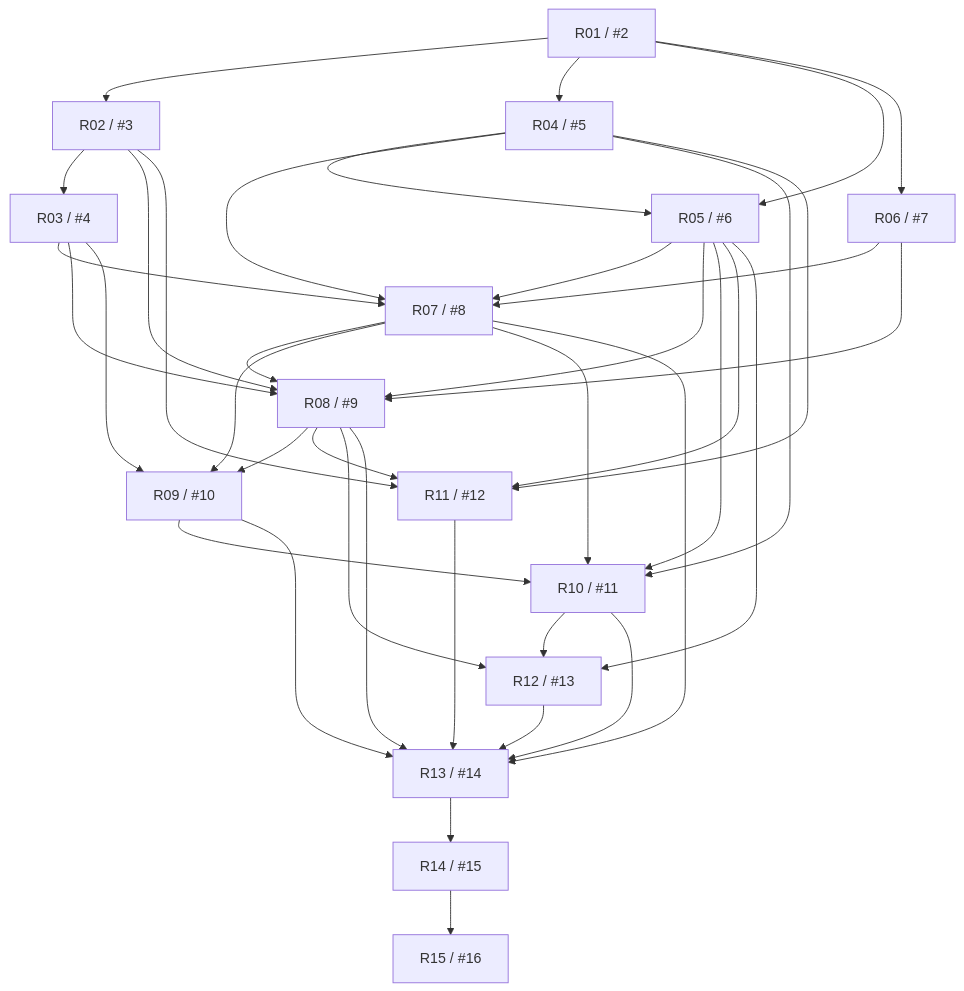
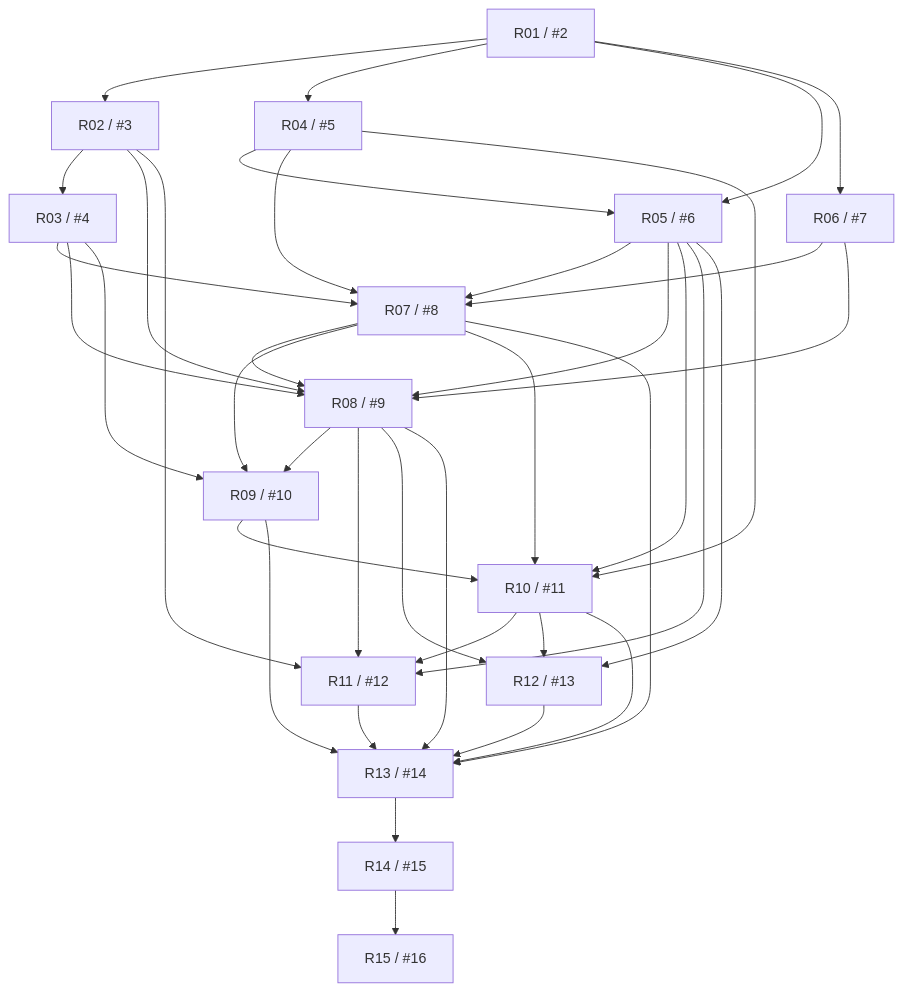
The diagram in docs/RUST_REWRITE_ISSUES.md (tjorim/ElevenClock), drawn with Mermaid before and after one commit. The commit also changed other lines of this file, not shown here.

````diff
--- a/docs/RUST_REWRITE_ISSUES.md
+++ b/docs/RUST_REWRITE_ISSUES.md
@@ -41,55 +45,55 @@
 ```mermaid
 flowchart TD
   R01["R01 / #2"]
   R02["R02 / #3"]
   R03["R03 / #4"]
   R04["R04 / #5"]
   R05["R05 / #6"]
   R06["R06 / #7"]
   R07["R07 / #8"]
   R08["R08 / #9"]
   R09["R09 / #10"]
   R10["R10 / #11"]
   R11["R11 / #12"]
   R12["R12 / #13"]
   R13["R13 / #14"]
   R14["R14 / #15"]
   R15["R15 / #16"]
   R01 --> R02
   R02 --> R03
   R01 --> R04
   R01 --> R05
   R04 --> R05
   R01 --> R06
   R03 --> R07
   R04 --> R07
   R05 --> R07
   R06 --> R07
   R02 --> R08
   R03 --> R08
   R05 --> R08
   R06 --> R08
   R07 --> R08
   R03 --> R09
   R07 --> R09
   R08 --> R09
   R04 --> R10
   R05 --> R10
   R07 --> R10
   R09 --> R10
   R02 --> R11
-  R04 --> R11
   R05 --> R11
   R08 --> R11
+  R10 --> R11
   R05 --> R12
   R08 --> R12
   R10 --> R12
   R07 --> R13
   R08 --> R13
   R09 --> R13
   R10 --> R13
   R11 --> R13
   R12 --> R13
   R13 --> R14
   R14 --> R15
 ```
````
